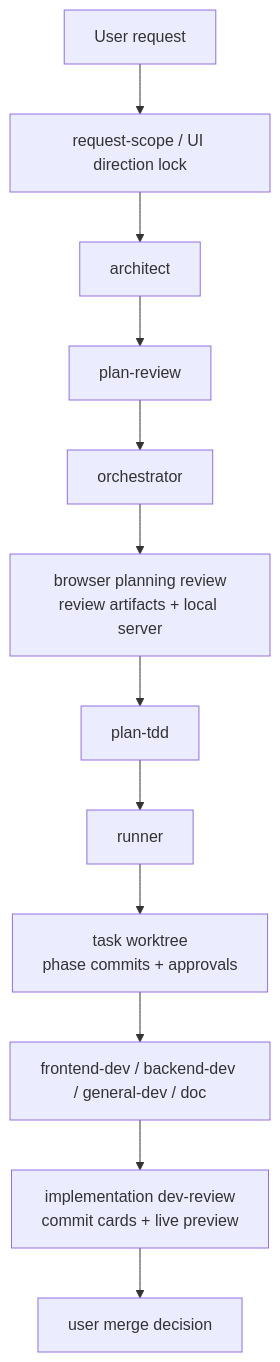
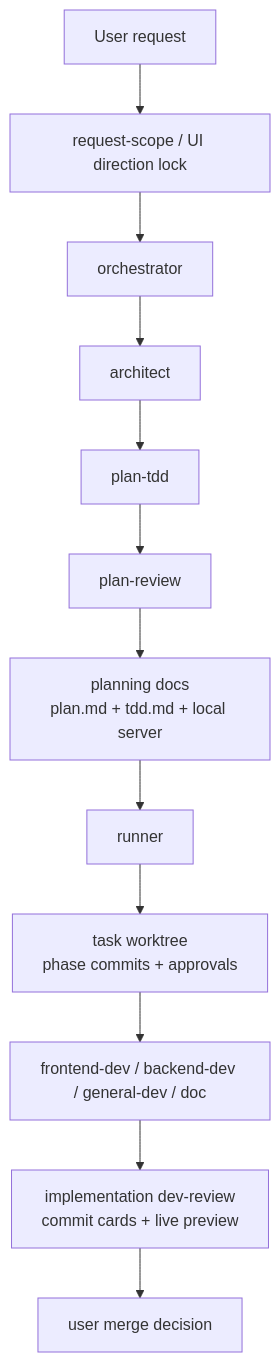
One commit to SeoJaeWan/try-claude-code changed the tenth of 14 diagrams in docs/claude-code-workflow-evolution.md. Above: the diagram before and after it, drawn with Mermaid. The commit also changed other lines of this file and 23 other files, not shown here.

Commit message:
refactor(orchestrator): rename browser planning gate to planning docs

````diff
--- a/docs/claude-code-workflow-evolution.md
+++ b/docs/claude-code-workflow-evolution.md
@@ -496,17 +496,17 @@
 ```mermaid
 flowchart TD
     U["User request"]
     LOCK["request-scope / UI direction lock"]
+    ORCH["orchestrator"]
     ARCH["architect"]
+    MAT["plan-tdd"]
     REVIEW["plan-review"]
-    ORCH["orchestrator"]
-    PLANDEVREV["browser planning review<br/>review artifacts + local server"]
-    MAT["plan-tdd"]
+    PLANDOCS["planning docs<br/>plan.md + tdd.md + local server"]
     RUN["runner"]
     WT["task worktree<br/>phase commits + approvals"]
     EXEC["frontend-dev / backend-dev / general-dev / doc"]
     IMPDEVREV["implementation dev-review<br/>commit cards + live preview"]
     MERGE["user merge decision"]
 
-    U --> LOCK --> ARCH --> REVIEW --> ORCH --> PLANDEVREV --> MAT --> RUN --> WT --> EXEC --> IMPDEVREV --> MERGE
+    U --> LOCK --> ORCH --> ARCH --> MAT --> REVIEW --> PLANDOCS --> RUN --> WT --> EXEC --> IMPDEVREV --> MERGE
 ```
````
